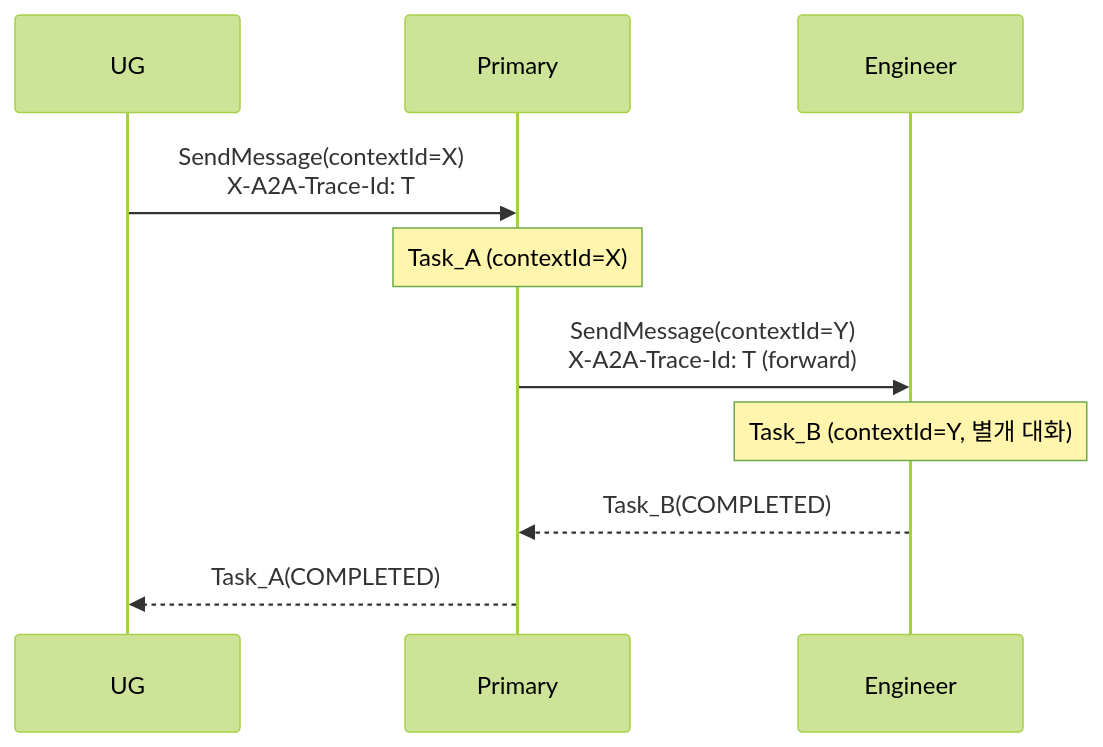
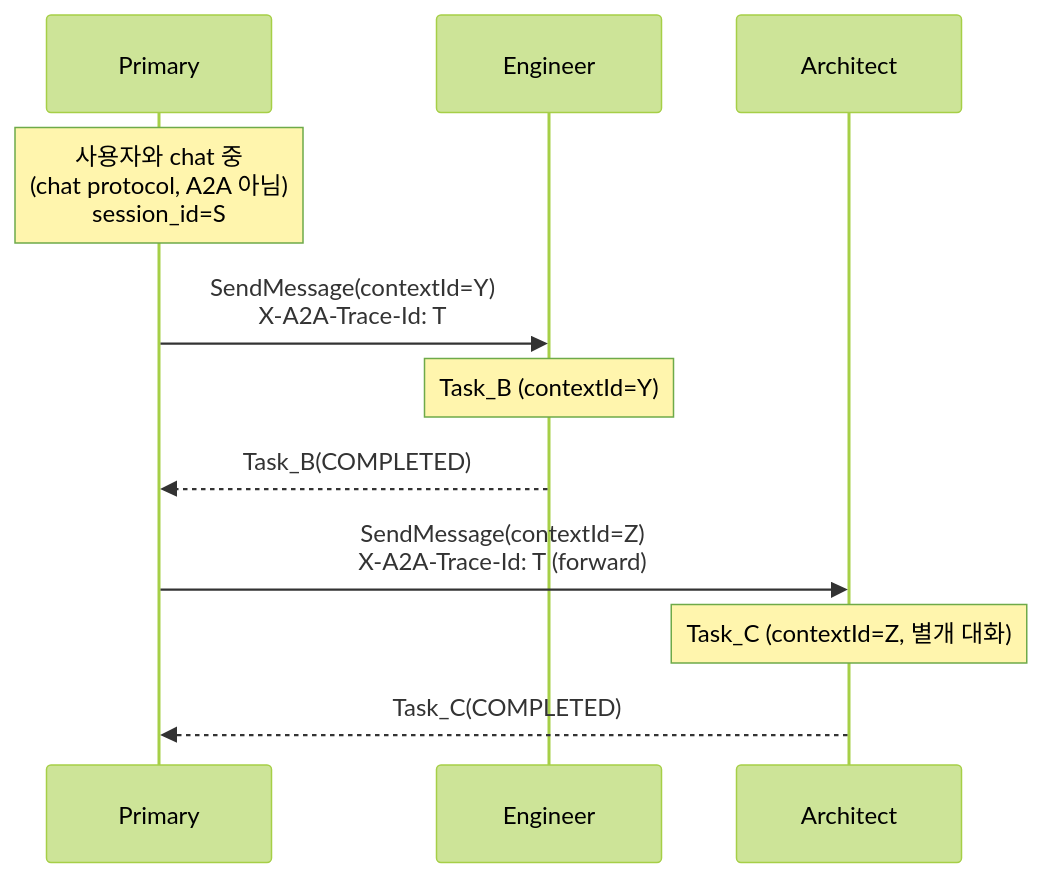
One commit to vonkernel/dev-team changed the fourth of 4 diagrams in shared/src/dev_team_shared/a2a/messaging.md. Above: the diagram before and after it, drawn with Mermaid (forest theme). The commit also changed other lines of this file and 9 other files, not shown here.

First line of the commit message:
docs(m3): UG↔P/A chat tier 분리 + schema 재정의 (#75) (#76)

````diff
--- a/shared/src/dev_team_shared/a2a/messaging.md
+++ b/shared/src/dev_team_shared/a2a/messaging.md
@@ -190,9 +224,10 @@
 ```mermaid
 sequenceDiagram
-    UG->>Primary: SendMessage(contextId=X)<br/>X-A2A-Trace-Id: T
-    Note over Primary: Task_A (contextId=X)
-    Primary->>Engineer: SendMessage(contextId=Y)<br/>X-A2A-Trace-Id: T (forward)
-    Note over Engineer: Task_B (contextId=Y, 별개 대화)
+    Note over Primary: 사용자와 chat 중<br/>(chat protocol, A2A 아님)<br/>session_id=S
+    Primary->>Engineer: SendMessage(contextId=Y)<br/>X-A2A-Trace-Id: T
+    Note over Engineer: Task_B (contextId=Y)
     Engineer-->>Primary: Task_B(COMPLETED)
-    Primary-->>UG: Task_A(COMPLETED)
+    Primary->>Architect: SendMessage(contextId=Z)<br/>X-A2A-Trace-Id: T (forward)
+    Note over Architect: Task_C (contextId=Z, 별개 대화)
+    Architect-->>Primary: Task_C(COMPLETED)
 ```
````
